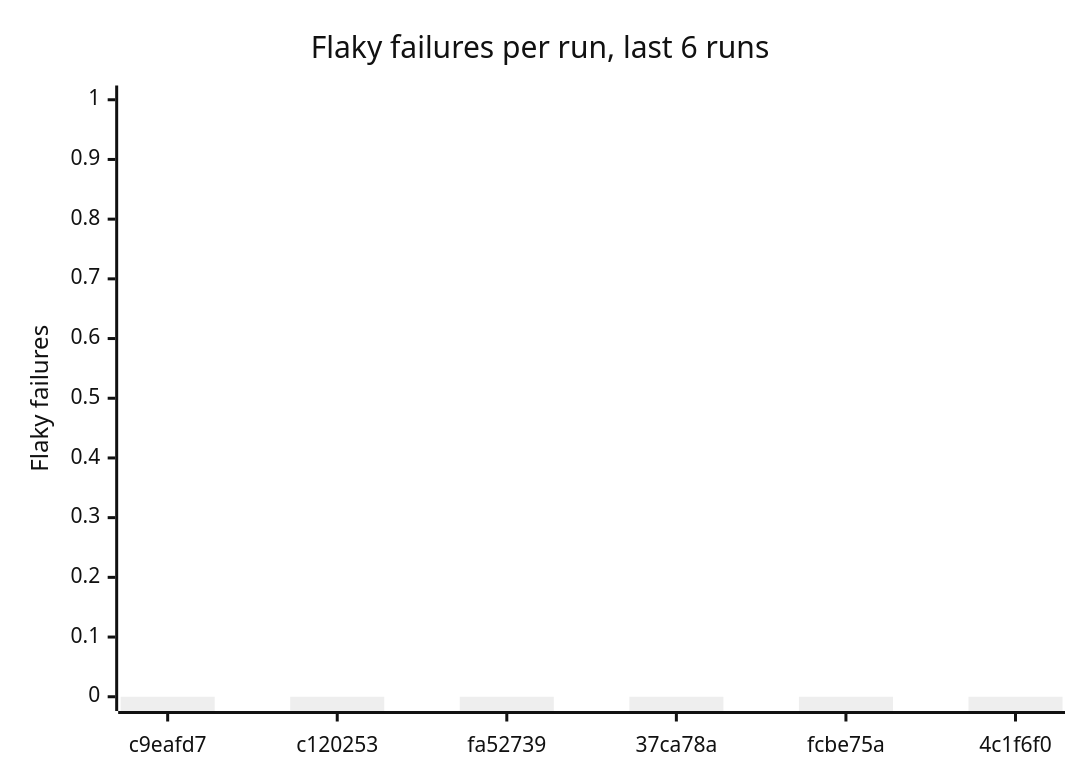
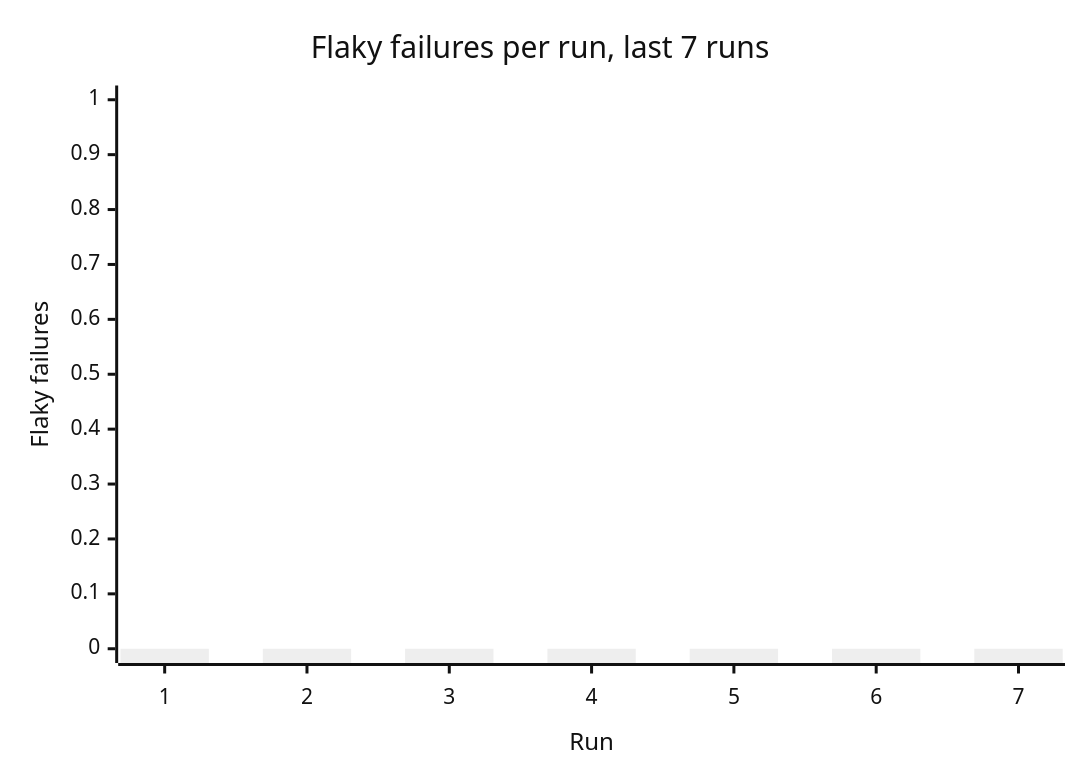
The second of 3 diagrams in reports/summary.md (Shirojoufu/Flaky-Tests), drawn with Mermaid (neutral theme) before and after one commit. The commit also changed other lines of this file and 6 other files, not shown here.

````diff
--- a/reports/summary.md
+++ b/reports/summary.md
@@ -25,7 +25,7 @@
 ```mermaid
 xychart-beta
-    title "Flaky failures per run, last 6 runs"
-    x-axis ["c9eafd7", "c120253", "fa52739", "37ca78a", "fcbe75a", "4c1f6f0"]
+    title "Flaky failures per run, last 7 runs"
+    x-axis "Run" [1, 2, 3, 4, 5, 6, 7]
     y-axis "Flaky failures" 0 --> 1
-    bar [0, 0, 0, 0, 0, 0]
+    bar [0, 0, 0, 0, 0, 0, 0]
 ```
````
